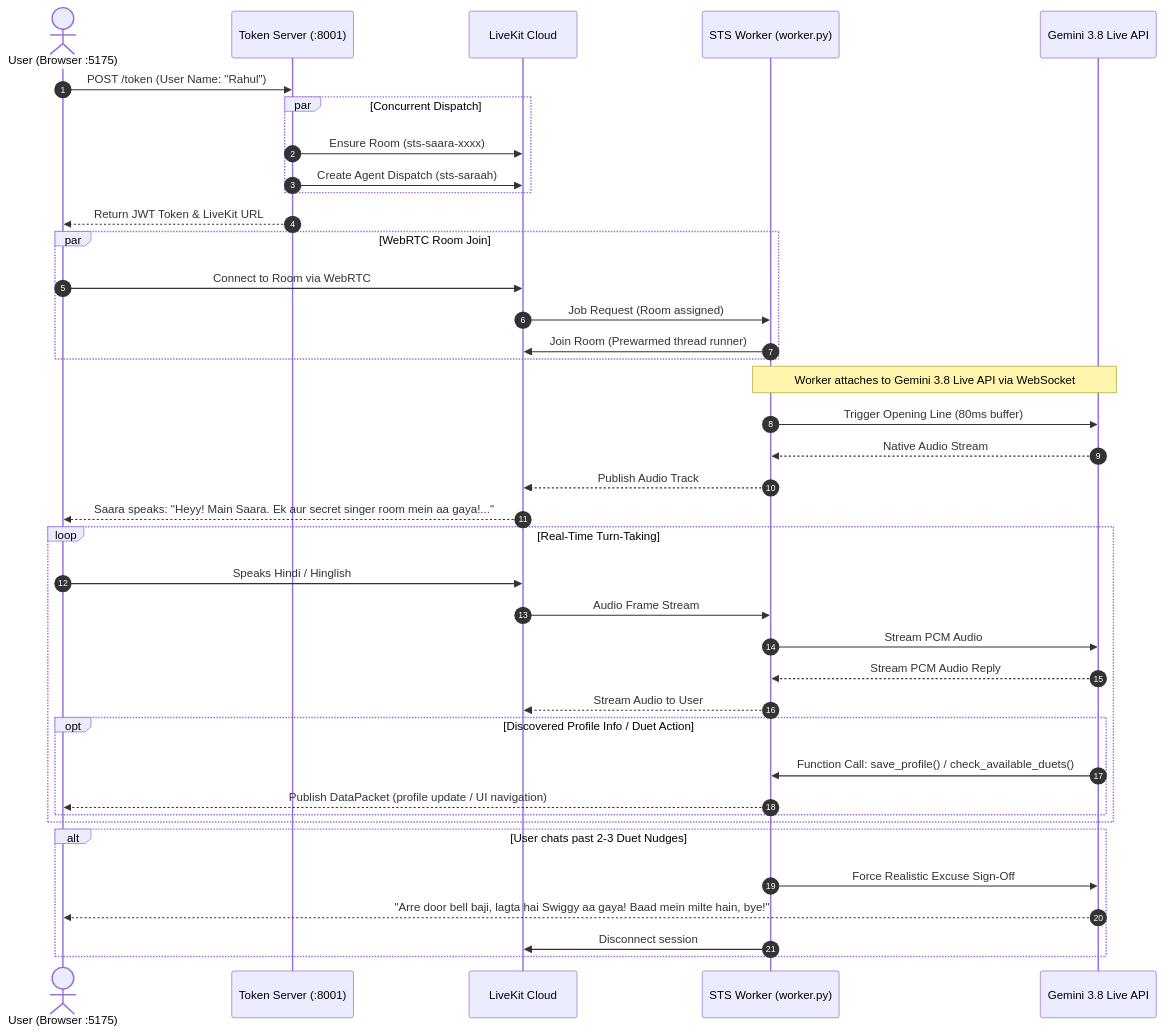
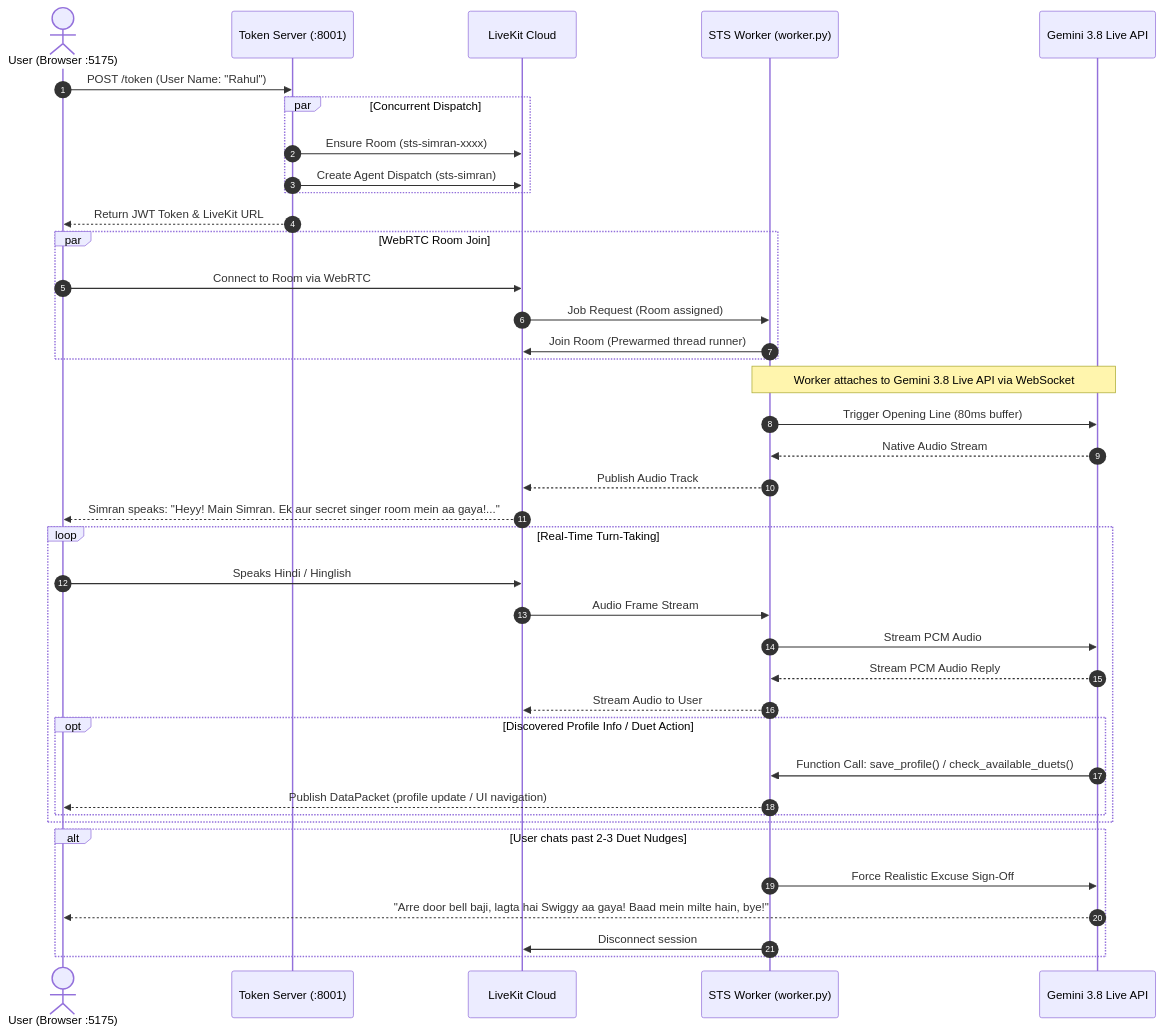
Before and after one commit to YuvrajSatwan/roxstar-voice-bot: the second of 3 diagrams in docs/WORKFLOW.md, drawn with Mermaid. The commit also changed other lines of this file and 32 other files, not shown here.

Commit message:
feat: complete rename from Saara/Saraah to Simran across frontend, backend, and documentation

````diff
--- a/docs/WORKFLOW.md
+++ b/docs/WORKFLOW.md
@@ -59,46 +59,46 @@
 ```mermaid
 sequenceDiagram
     autonumber
     actor User as User (Browser :5175)
     participant TS as Token Server (:8001)
     participant LK as LiveKit Cloud
     participant Worker as STS Worker (worker.py)
     participant Gemini as Gemini 3.8 Live API
 
     User->>TS: POST /token (User Name: "Rahul")
     par Concurrent Dispatch
-        TS->>LK: Ensure Room (sts-saara-xxxx)
-        TS->>LK: Create Agent Dispatch (sts-saraah)
+        TS->>LK: Ensure Room (sts-simran-xxxx)
+        TS->>LK: Create Agent Dispatch (sts-simran)
     end
     TS-->>User: Return JWT Token & LiveKit URL
 
     par WebRTC Room Join
         User->>LK: Connect to Room via WebRTC
         LK->>Worker: Job Request (Room assigned)
         Worker->>LK: Join Room (Prewarmed thread runner)
     end
 
     Note over Worker,Gemini: Worker attaches to Gemini 3.8 Live API via WebSocket
     Worker->>Gemini: Trigger Opening Line (80ms buffer)
     Gemini-->>Worker: Native Audio Stream
     Worker-->>LK: Publish Audio Track
-    LK-->>User: Saara speaks: "Heyy! Main Saara. Ek aur secret singer room mein aa gaya!..."
+    LK-->>User: Simran speaks: "Heyy! Main Simran. Ek aur secret singer room mein aa gaya!..."
 
     loop Real-Time Turn-Taking
         User->>LK: Speaks Hindi / Hinglish
         LK->>Worker: Audio Frame Stream
         Worker->>Gemini: Stream PCM Audio
         Gemini-->>Worker: Stream PCM Audio Reply
         Worker-->>LK: Stream Audio to User
         opt Discovered Profile Info / Duet Action
             Gemini->>Worker: Function Call: save_profile() / check_available_duets()
             Worker-->>User: Publish DataPacket (profile update / UI navigation)
         end
     end
 
     alt User chats past 2-3 Duet Nudges
         Worker->>Gemini: Force Realistic Excuse Sign-Off
         Gemini-->>User: "Arre door bell baji, lagta hai Swiggy aa gaya! Baad mein milte hain, bye!"
         Worker->>LK: Disconnect session
     end
 ```
````
